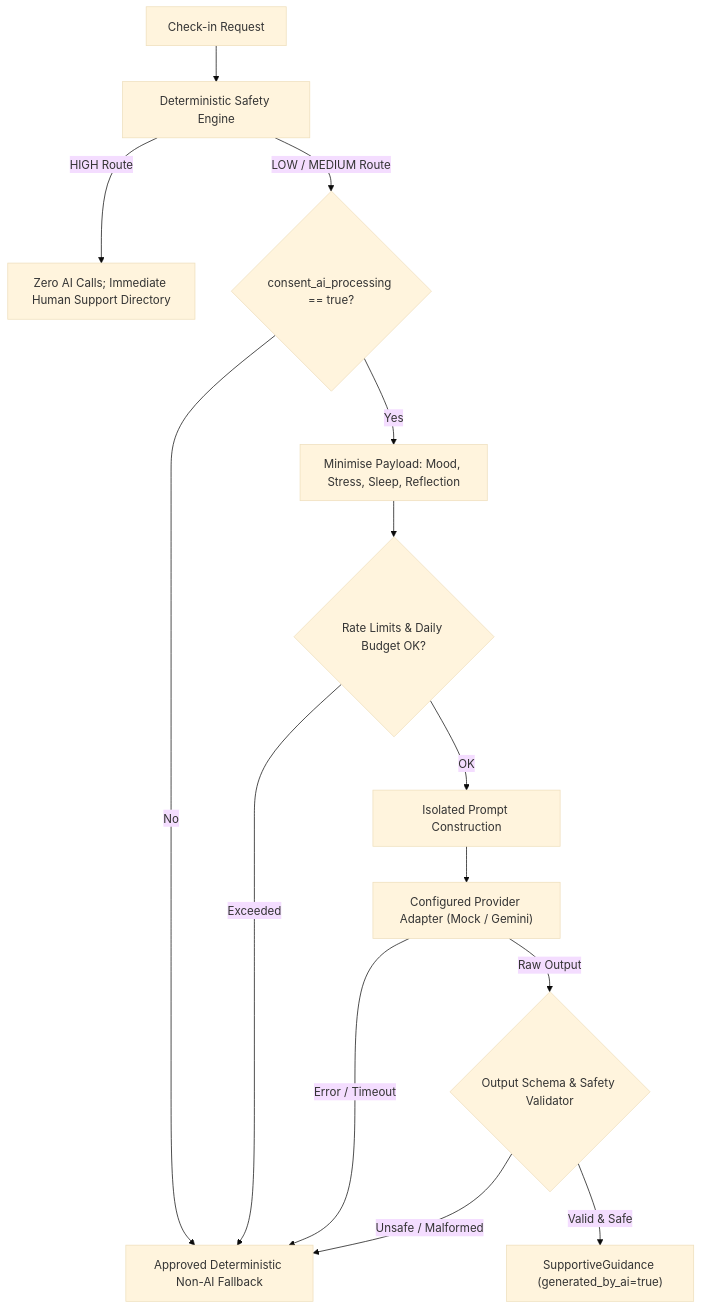
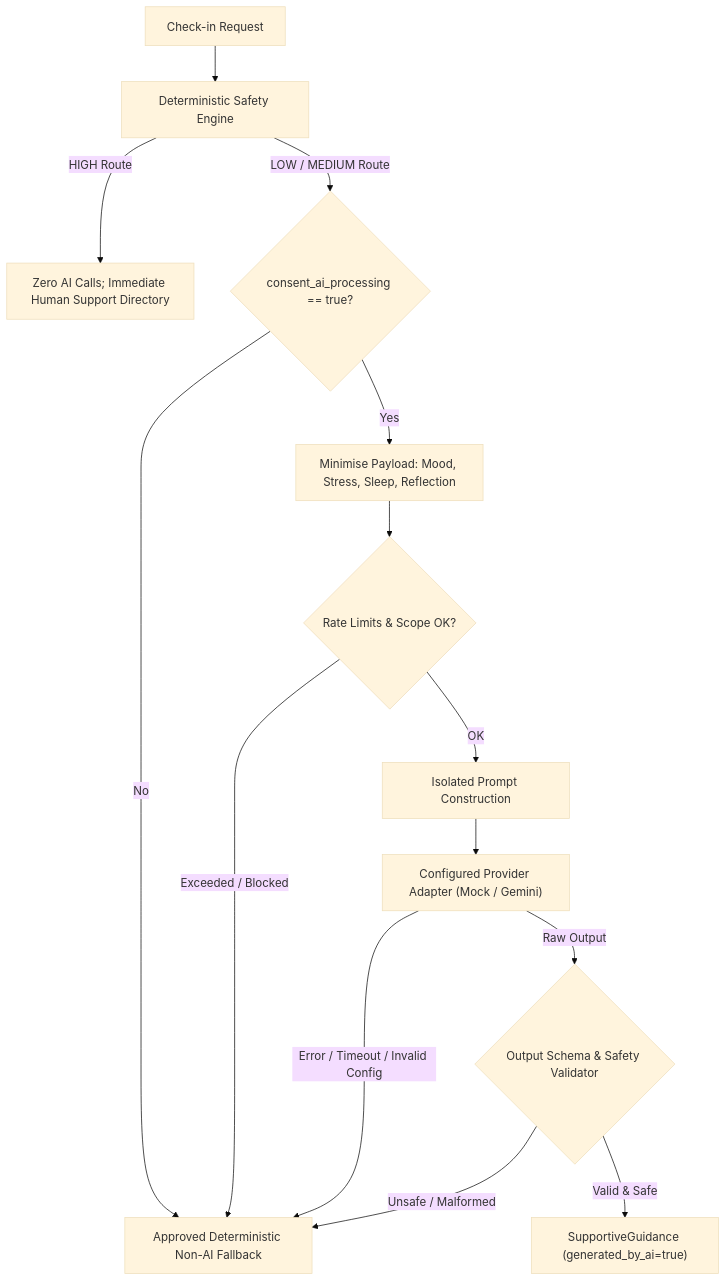
Before and after one commit to nikhi20-900/calmspace: the diagram in docs/ai_support_service.md, drawn with Mermaid (base theme). The commit also changed other lines of this file and 5 other files, not shown here.

Commit message:
fix(ai): fail closed on invalid provider/credentials, use header-based Gemini auth, and guard rate-limiter scope (PR #24)

````diff
--- a/docs/ai_support_service.md
+++ b/docs/ai_support_service.md
@@ -45,16 +57,16 @@
 ```mermaid
 flowchart TD
     Req["Check-in Request"] --> Safety["Deterministic Safety Engine"]
     Safety -- "HIGH Route" --> HighExit["Zero AI Calls; Immediate Human Support Directory"]
     Safety -- "LOW / MEDIUM Route" --> ConsentCheck{"consent_ai_processing == true?"}
     ConsentCheck -- "No" --> DetFallback["Approved Deterministic Non-AI Fallback"]
     ConsentCheck -- "Yes" --> MinPayload["Minimise Payload: Mood, Stress, Sleep, Reflection"]
-    MinPayload --> RateCheck{"Rate Limits & Daily Budget OK?"}
-    RateCheck -- "Exceeded" --> DetFallback
+    MinPayload --> RateCheck{"Rate Limits & Scope OK?"}
+    RateCheck -- "Exceeded / Blocked" --> DetFallback
     RateCheck -- "OK" --> Prompt["Isolated Prompt Construction"]
     Prompt --> Provider["Configured Provider Adapter (Mock / Gemini)"]
-    Provider -- "Error / Timeout" --> DetFallback
+    Provider -- "Error / Timeout / Invalid Config" --> DetFallback
     Provider -- "Raw Output" --> Validator{"Output Schema & Safety Validator"}
     Validator -- "Unsafe / Malformed" --> DetFallback
     Validator -- "Valid & Safe" --> ReturnAI["SupportiveGuidance (generated_by_ai=true)"]
 ```
````
